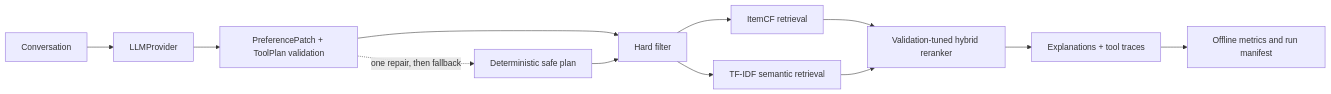
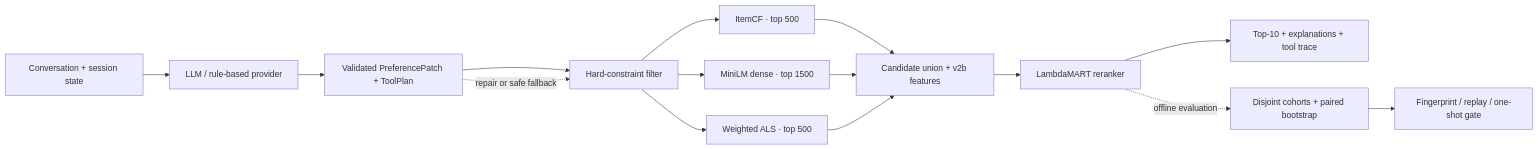
The diagram in README.md (Sh1njuuovo/recagent-eval), drawn with Mermaid before and after one commit. The commit also changed other lines of this file and 3 other files, not shown here.

````diff
--- a/README.md
+++ b/README.md
@@ -51,14 +59,20 @@
 ```mermaid
 flowchart LR
-    U["Conversation"] --> P["LLMProvider"]
-    P --> V["PreferencePatch + ToolPlan validation"]
-    V --> F["Hard filter"]
-    F --> C["ItemCF retrieval"]
-    F --> S["TF-IDF semantic retrieval"]
-    C --> R["Validation-tuned hybrid reranker"]
-    S --> R
-    R --> E["Explanations + tool traces"]
-    E --> M["Offline metrics and run manifest"]
-    V -. "one repair, then fallback" .-> D["Deterministic safe plan"]
-    D --> F
+    U["Conversation + session state"] --> A["LLM / rule-based provider"]
+    A --> P["Validated PreferencePatch + ToolPlan"]
+    P --> F["Hard-constraint filter"]
+    P -. "repair or safe fallback" .-> F
+
+    F --> I["ItemCF · top 500"]
+    F --> D["MiniLM dense · top 1500"]
+    F --> L["Weighted ALS · top 500"]
+
+    I --> C["Candidate union + v2b features"]
+    D --> C
+    L --> C
+    C --> R["LambdaMART reranker"]
+    R --> O["Top-10 + explanations + tool trace"]
+
+    R -. "offline evaluation" .-> E["Disjoint cohorts + paired bootstrap"]
+    E --> G["Fingerprint / replay / one-shot gate"]
 ```
````
